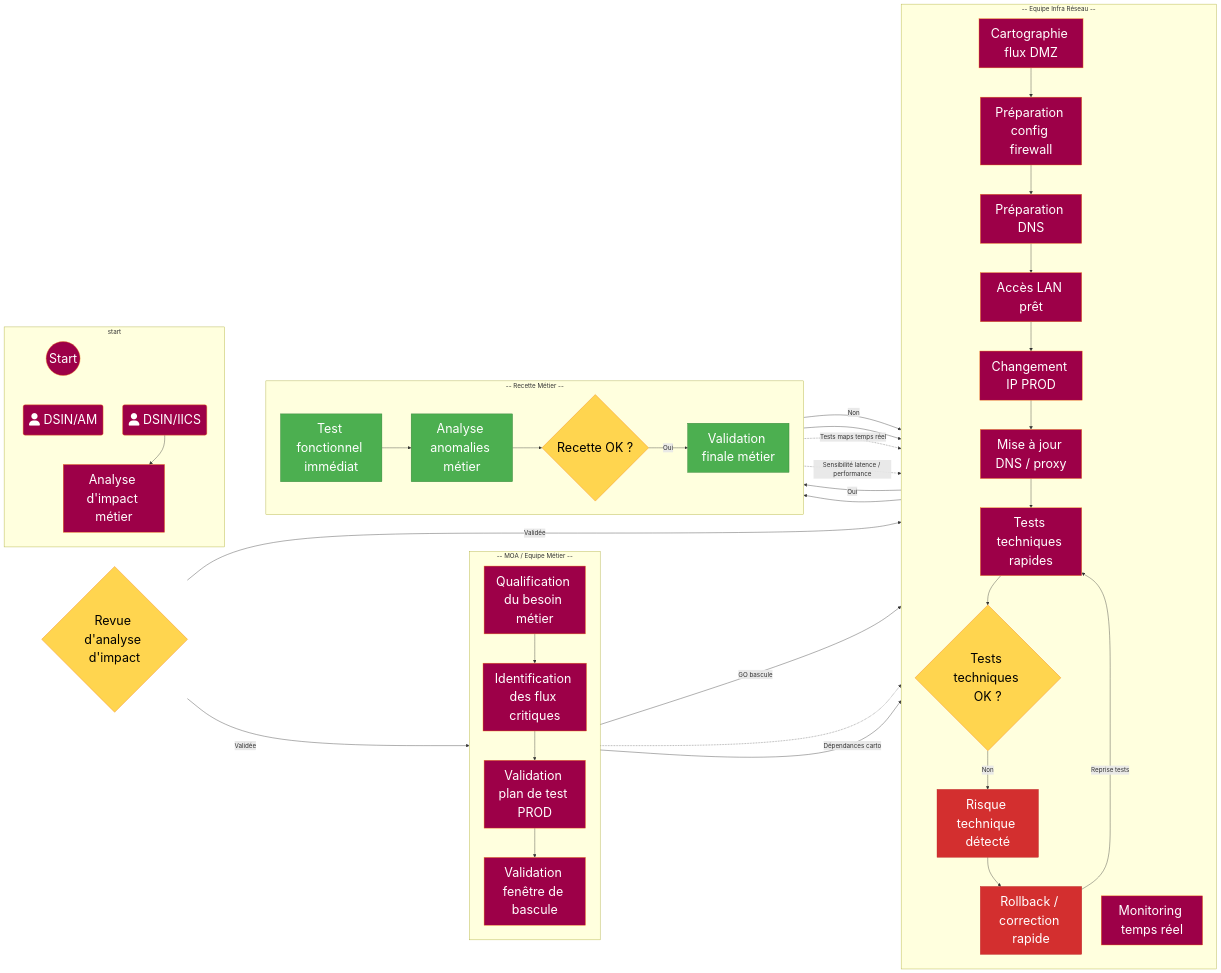
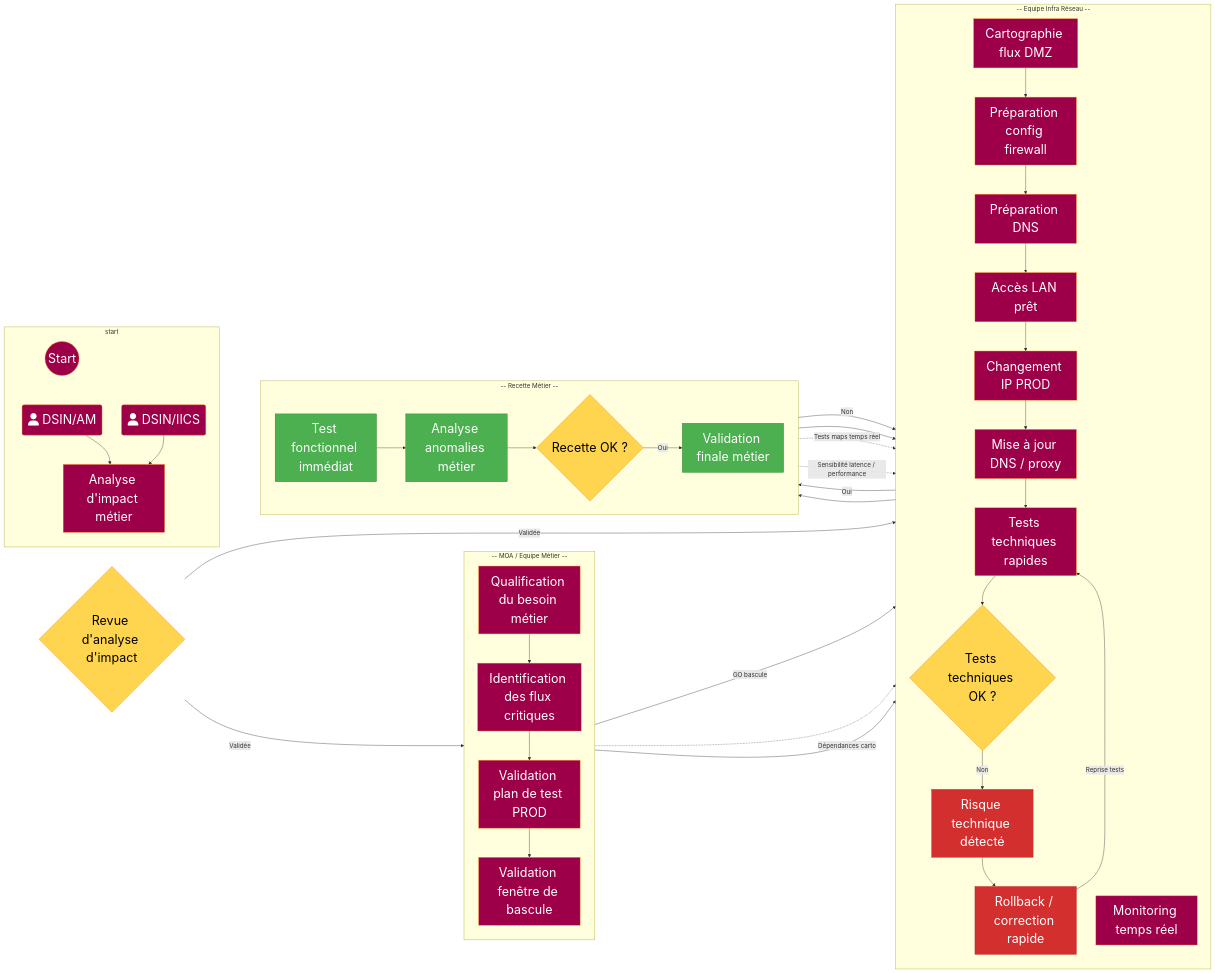
Before and after one commit to fdadda/iodraw-files: the diagram in all/CHANGE IP - Sans Pre-Prod.md, drawn with Mermaid.

Commit message:
2026-06-01 15:26:14 update

```diff
--- a/all/CHANGE IP - Sans Pre-Prod.md
+++ b/all/CHANGE IP - Sans Pre-Prod.md
@@ -8,6 +8,7 @@
 classDef decision fill:#ffd54f,stroke:#f57f17,color:#000000,font-size:32px;
 classDef risk fill:#d32f2f,stroke:#b71c1c,color:#ffffff,font-size:32px;
 subgraph start 
+AM(fa:fa-user DSIN/AM):::metier --> S0
 start((Start)):::metier ==> AM
     S0["Analyse d'impact métier"]:::metier
     AM(fa:fa-user DSIN/AM):::metier --> S0
```
